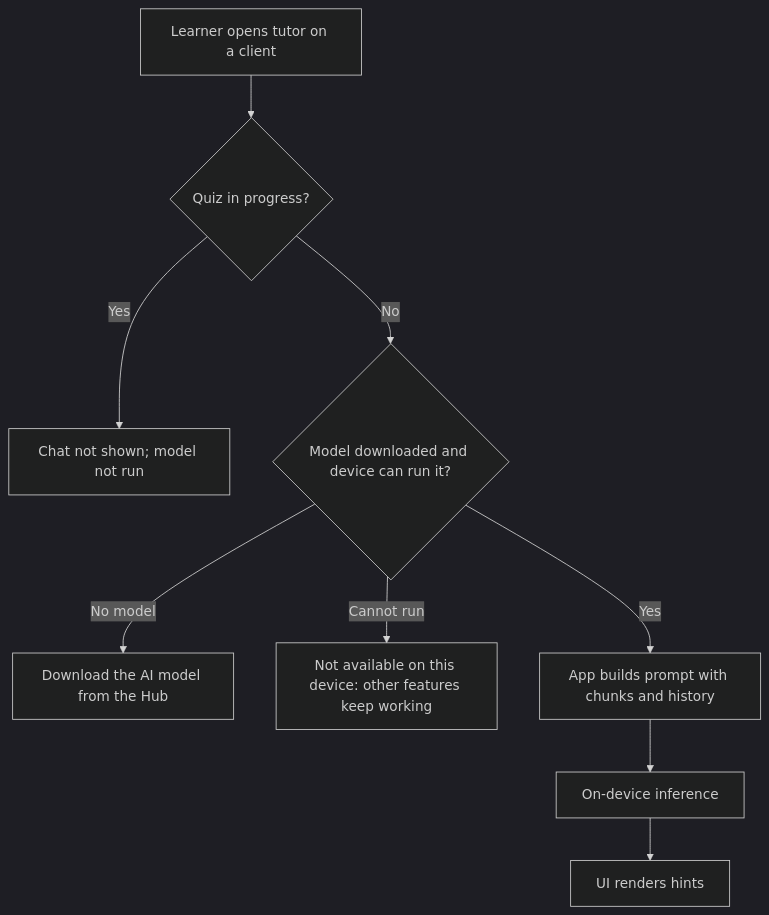
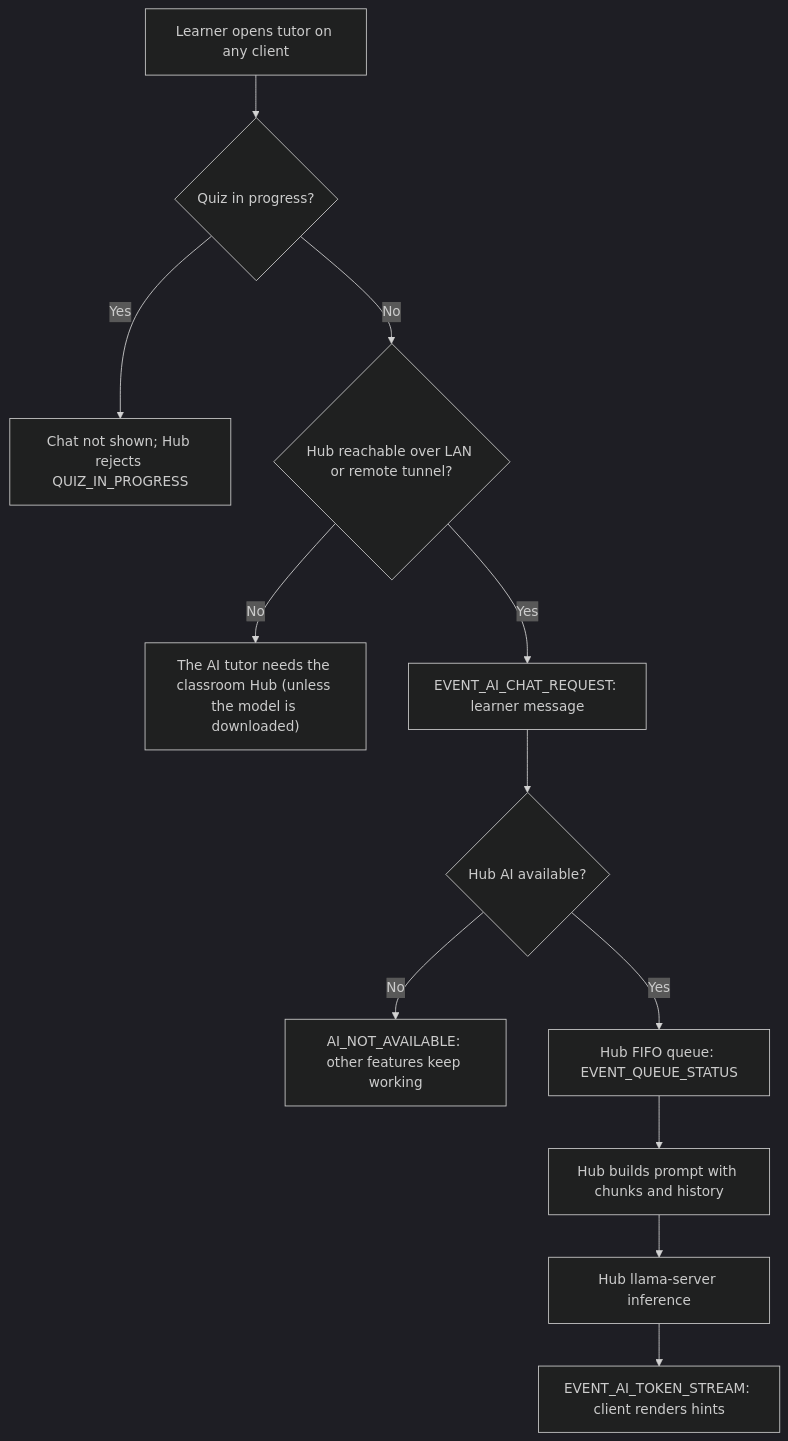
The third of 5 diagrams in docs/PRD.md (BootlegYouki/L.A.R.A), drawn with Mermaid (dark theme) before and after one commit. The commit also changed other lines of this file and 35 other files, not shown here.

First line of the commit message:
docs: make the AI tutor hybrid (Hub path by default, optional on-device model)

````diff
--- a/docs/PRD.md
+++ b/docs/PRD.md
@@ -250,11 +252,14 @@
 ```mermaid
 flowchart TD
- Start["Learner opens tutor on a client"] --> Quiz{"Quiz in progress?"}
- Quiz -->|Yes| Locked["Chat not shown; model not run"]
- Quiz -->|No| Model{"Model downloaded and device can run it?"}
- Model -->|No model| Download["Download the AI model from the Hub"]
- Model -->|Cannot run| Unavailable["Not available on this device: other features keep working"]
- Model -->|Yes| Prompt["App builds prompt with chunks and history"]
- Prompt --> Infer["On-device inference"]
- Infer --> Stream["UI renders hints"]
+ Start["Learner opens tutor on any client"] --> Quiz{"Quiz in progress?"}
+ Quiz -->|Yes| Locked["Chat not shown; Hub rejects QUIZ_IN_PROGRESS"]
+ Quiz -->|No| Reachable{"Hub reachable over LAN or remote tunnel?"}
+ Reachable -->|No| Offline["The AI tutor needs the classroom Hub (unless the model is downloaded)"]
+ Reachable -->|Yes| Request["EVENT_AI_CHAT_REQUEST: learner message"]
+ Request --> Available{"Hub AI available?"}
+ Available -->|No| Unavailable["AI_NOT_AVAILABLE: other features keep working"]
+ Available -->|Yes| Queue["Hub FIFO queue: EVENT_QUEUE_STATUS"]
+ Queue --> Prompt["Hub builds prompt with chunks and history"]
+ Prompt --> Infer["Hub llama-server inference"]
+ Infer --> Stream["EVENT_AI_TOKEN_STREAM: client renders hints"]
 ```
````
